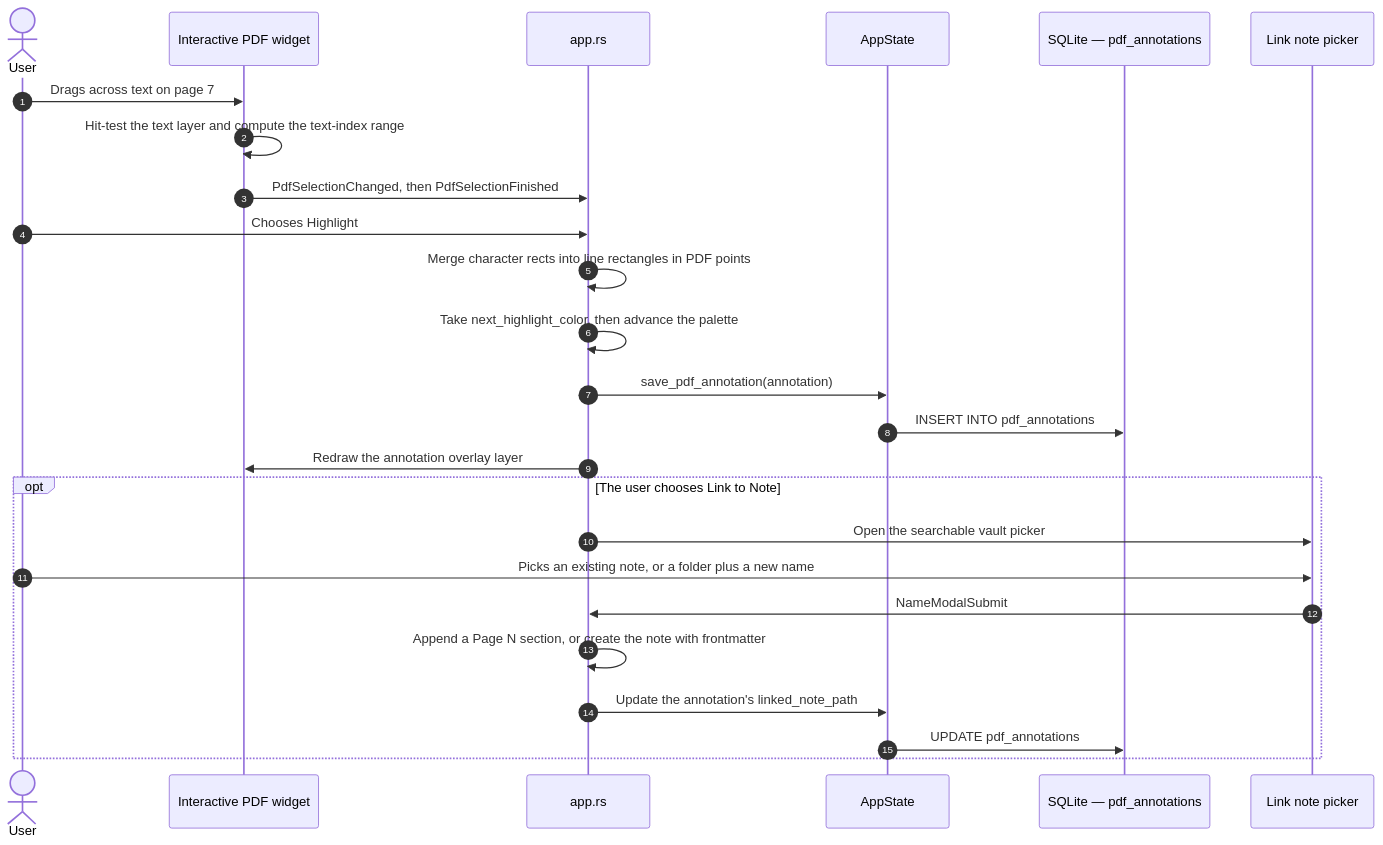
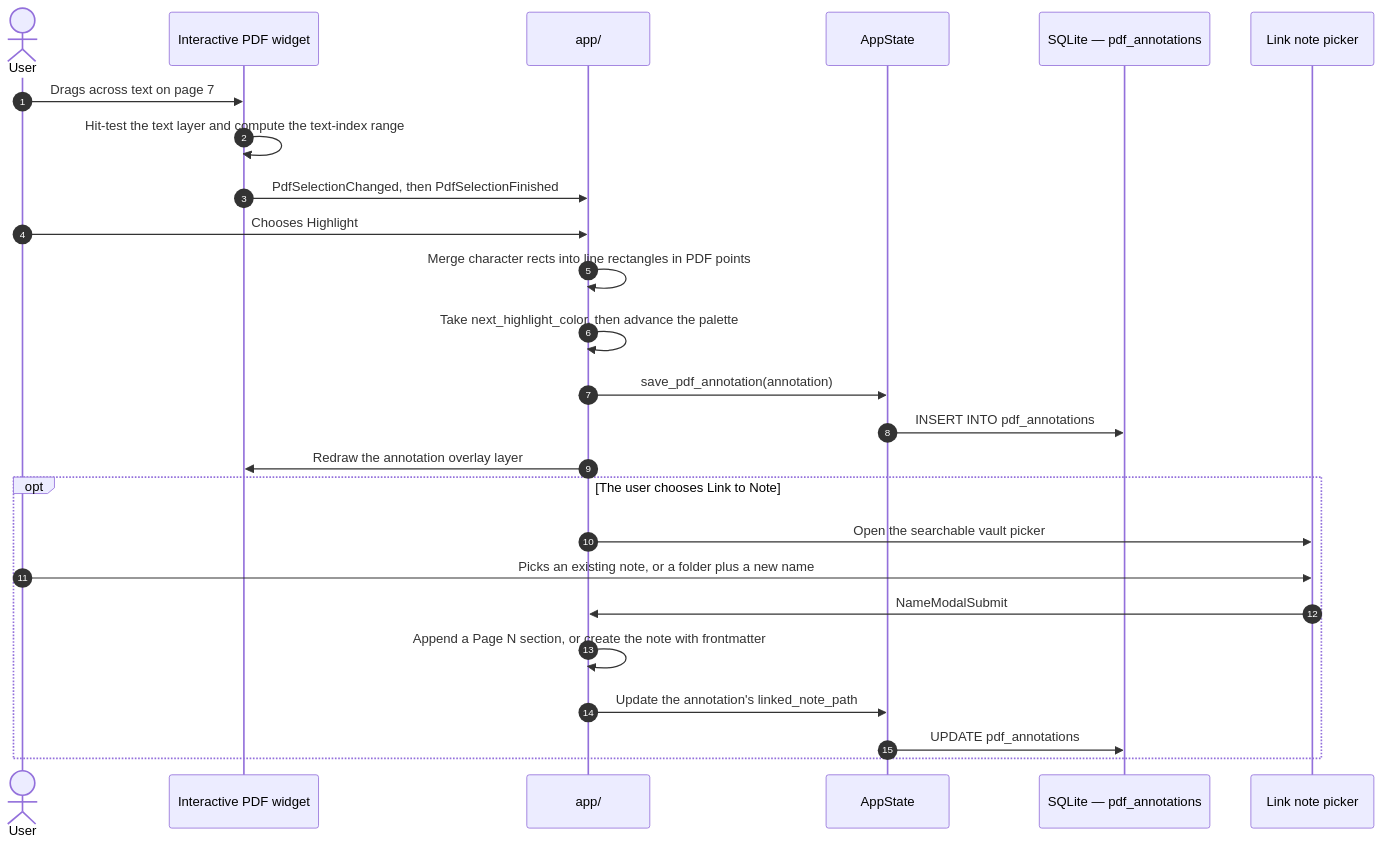
Before and after one commit to Suranjan77/md-editor: the third of 3 diagrams in wiki/Data-Flows-and-Durability-Invariants.md, drawn with Mermaid. The commit also changed other lines of this file and 45 other files, not shown here.

````diff
--- a/wiki/Data-Flows-and-Durability-Invariants.md
+++ b/wiki/Data-Flows-and-Durability-Invariants.md
@@ -95,29 +95,29 @@
 ```mermaid
 sequenceDiagram
     autonumber
     actor User
     participant Canvas as Interactive PDF widget
-    participant App as app.rs
+    participant App as app/
     participant Core as AppState
     participant DB as SQLite — pdf_annotations
     participant Modal as Link note picker
 
     User->>Canvas: Drags across text on page 7
     Canvas->>Canvas: Hit-test the text layer and compute the text-index range
     Canvas->>App: PdfSelectionChanged, then PdfSelectionFinished
     User->>App: Chooses Highlight
     App->>App: Merge character rects into line rectangles in PDF points
     App->>App: Take next_highlight_color, then advance the palette
     App->>Core: save_pdf_annotation(annotation)
     Core->>DB: INSERT INTO pdf_annotations
     App->>Canvas: Redraw the annotation overlay layer
 
     opt The user chooses Link to Note
         App->>Modal: Open the searchable vault picker
         User->>Modal: Picks an existing note, or a folder plus a new name
         Modal->>App: NameModalSubmit
         App->>App: Append a Page N section, or create the note with frontmatter
         App->>Core: Update the annotation's linked_note_path
         Core->>DB: UPDATE pdf_annotations
     end
 ```
````
